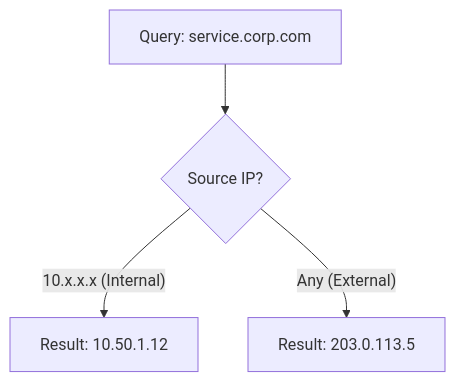
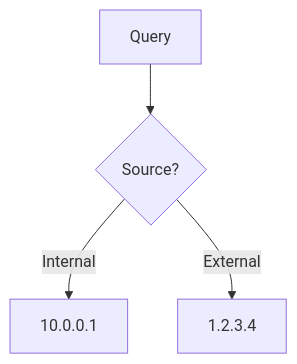
The fourth of 30 diagrams in README.md (Devopstrio/hybrid-dns-resolution), drawn with Mermaid before and after one commit. The commit also changed other lines of this file, not shown here.

Commit message:
docs: expand README with 30+ architectural diagrams

````diff
--- a/README.md
+++ b/README.md
@@ -134,6 +72,6 @@
 ```mermaid
 graph TD
-    Query[Query: service.corp.com] --> Source{Source IP?}
-    Source -- "10.x.x.x (Internal)" --> Internal[Result: 10.50.1.12]
-    Source -- "Any (External)" --> External[Result: 203.0.113.5]
+    Q[Query] --> S{Source?}
+    S -- Internal --> R1[10.0.0.1]
+    S -- External --> R2[1.2.3.4]
 ```
````
